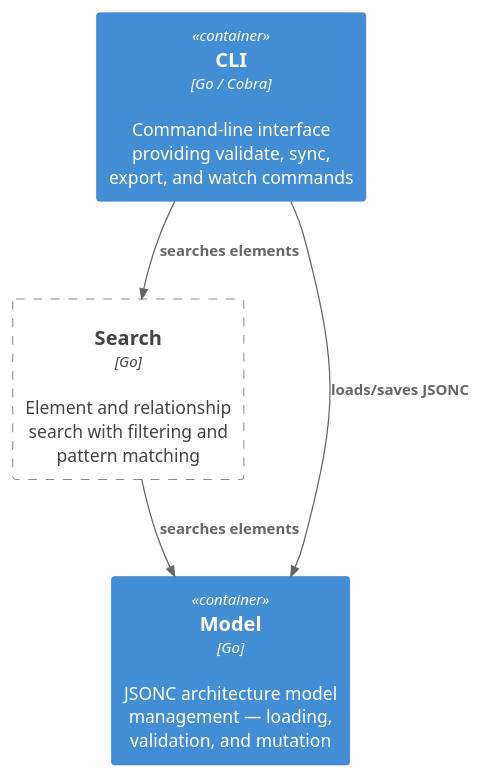
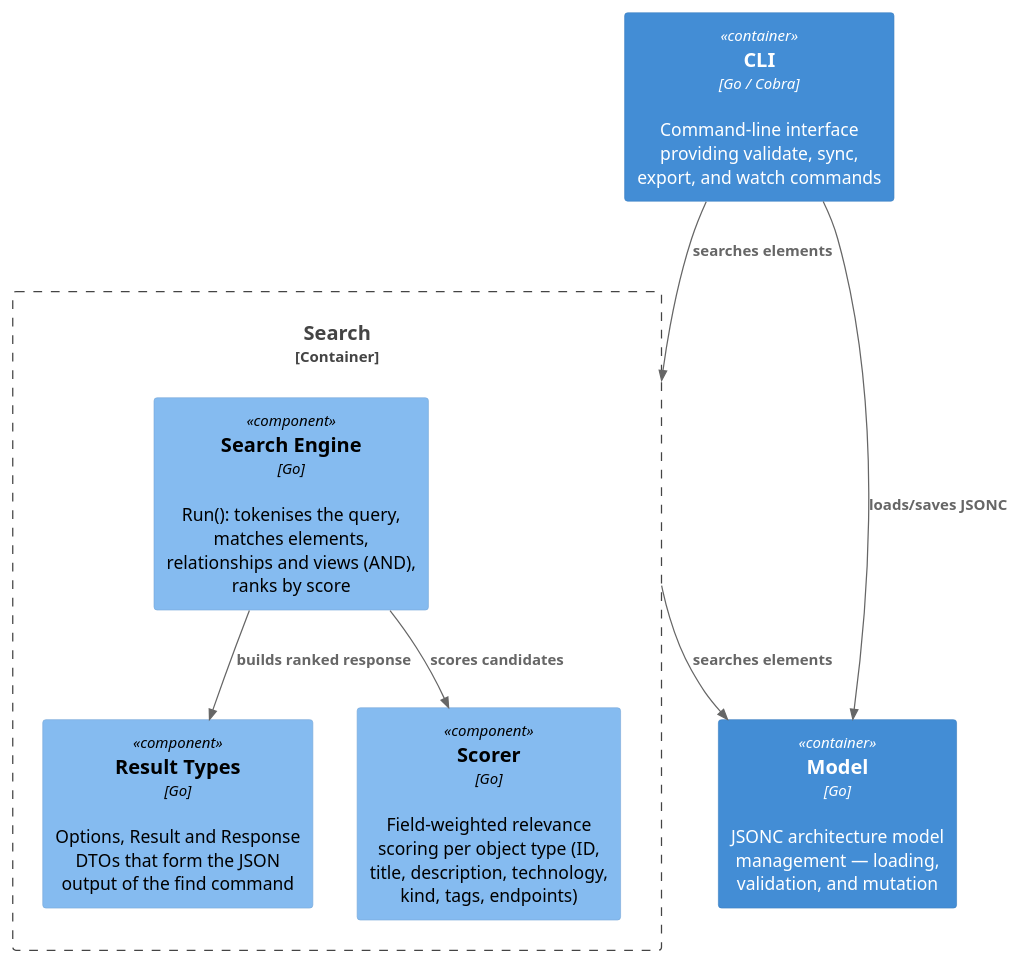
Before and after one commit to docToolchain/Bausteinsicht: the diagram in src/docs/arc42/search-components.puml, drawn with PlantUML. The commit also changed 5 other files, not shown here.

```diff
--- a/src/docs/arc42/search-components.puml
+++ b/src/docs/arc42/search-components.puml
@@ -1,13 +1,17 @@
 @startuml
-!include <C4/C4_Container>
+!include <C4/C4_Component>
 
 Container(bausteinsicht_cli, "CLI", "Go / Cobra", "Command-line interface providing validate, sync, export, and watch commands")
 Container(bausteinsicht_model, "Model", "Go", "JSONC architecture model management — loading, validation, and mutation")
-Container(bausteinsicht_search, "Search", "Go", "Element and relationship search with filtering and pattern matching")
 Container_Boundary(bausteinsicht_search, "Search") {
+  Component(bausteinsicht_search_engine, "Search Engine", "Go", "Run(): tokenises the query, matches elements, relationships and views (AND), ranks by score")
+  Component(bausteinsicht_search_results, "Result Types", "Go", "Options, Result and Response DTOs that form the JSON output of the find command")
+  Component(bausteinsicht_search_scorer, "Scorer", "Go", "Field-weighted relevance scoring per object type (ID, title, description, technology, kind, tags, endpoints)")
 }
 
 Rel(bausteinsicht_cli, bausteinsicht_model, "loads/saves JSONC")
 Rel(bausteinsicht_cli, bausteinsicht_search, "searches elements")
 Rel(bausteinsicht_search, bausteinsicht_model, "searches elements")
+Rel(bausteinsicht_search_engine, bausteinsicht_search_scorer, "scores candidates")
+Rel(bausteinsicht_search_engine, bausteinsicht_search_results, "builds ranked response")
 @enduml
```
